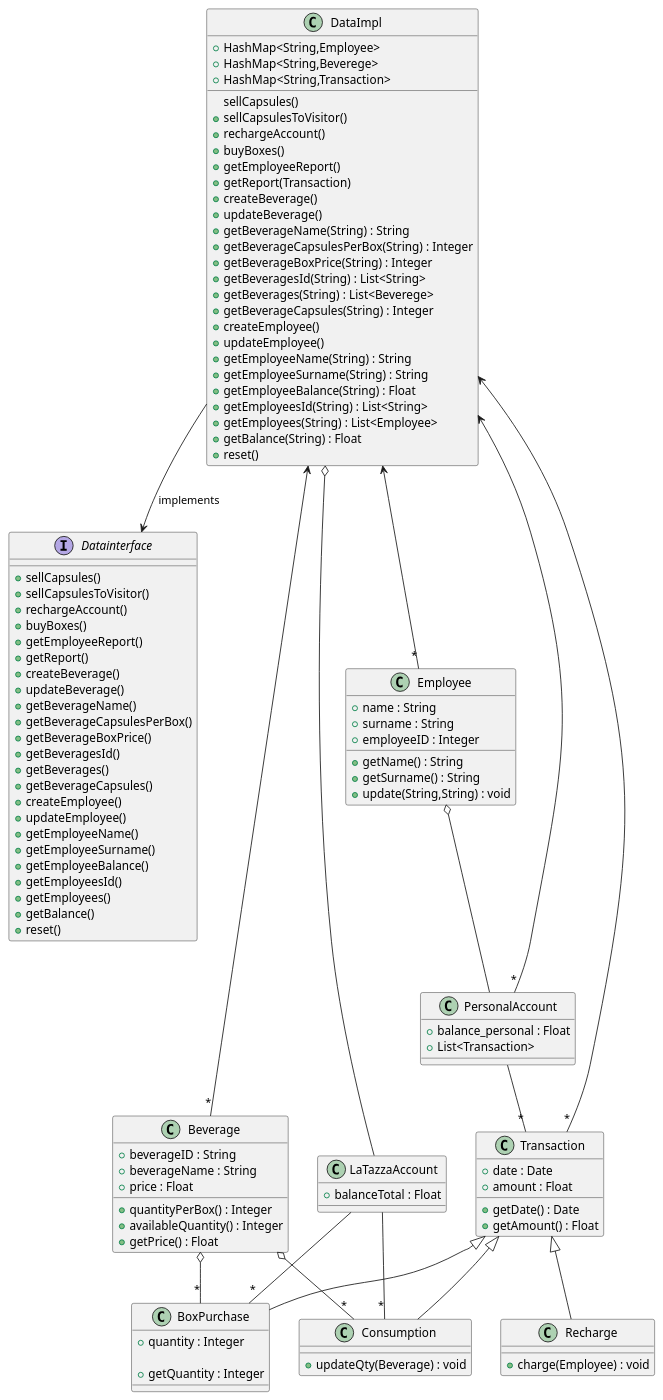
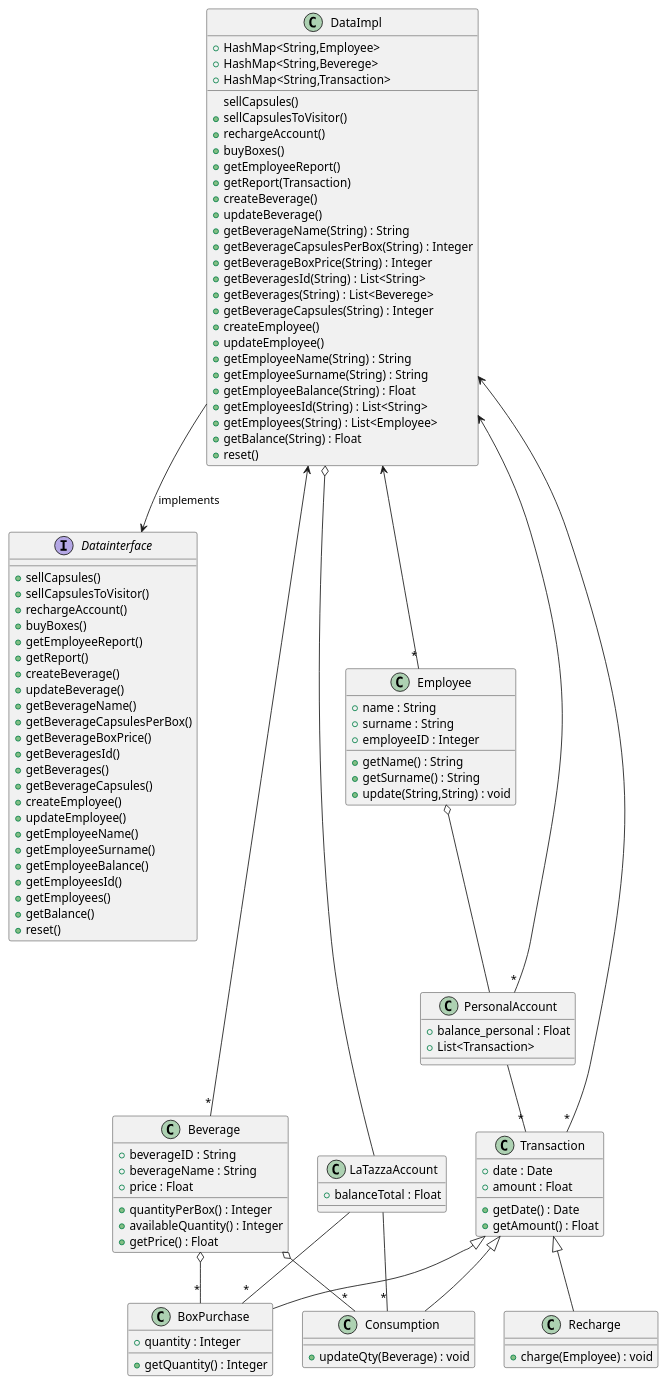
Before and after one commit to salvatore-dimartino/LaTazza: the third of 7 diagrams in templates/DesignDocumentTemplate.md, drawn with PlantUML.

```diff
--- a/templates/DesignDocumentTemplate.md
+++ b/templates/DesignDocumentTemplate.md
@@ -167,7 +167,7 @@
 class BoxPurchase {
     +quantity : Integer
     
-    +getQuantity : Integer
+    +getQuantity() : Integer
 }
 
 class Transaction {
```
